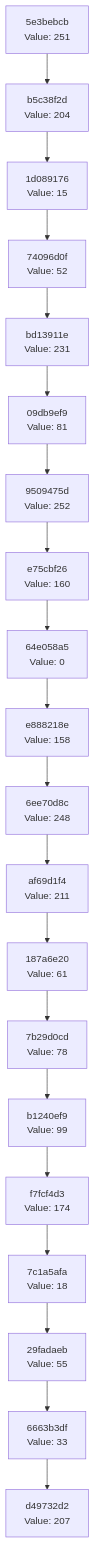
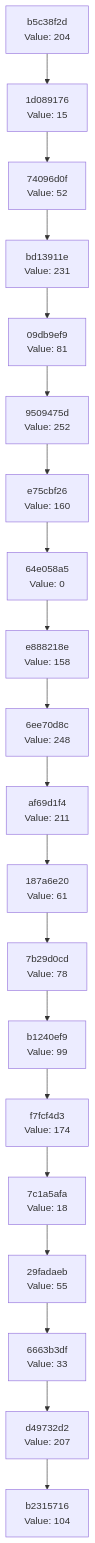
Before and after one commit to Abhisheksinha1506/hash-chain-evolver: the diagram in docs/CHAIN_VISUALIZATION.md, drawn with Mermaid. The commit also changed 3 other files, not shown here.

````diff
--- a/docs/CHAIN_VISUALIZATION.md
+++ b/docs/CHAIN_VISUALIZATION.md
@@ -3,42 +3,42 @@
 ```mermaid
 graph TD
-    C0["d49732d2<br/>Value: 207"]
-    C1["6663b3df<br/>Value: 33"]
+    C0["b2315716<br/>Value: 104"]
+    C1["d49732d2<br/>Value: 207"]
     C1 --> C0
-    C2["29fadaeb<br/>Value: 55"]
+    C2["6663b3df<br/>Value: 33"]
     C2 --> C1
-    C3["7c1a5afa<br/>Value: 18"]
+    C3["29fadaeb<br/>Value: 55"]
     C3 --> C2
-    C4["f7fcf4d3<br/>Value: 174"]
+    C4["7c1a5afa<br/>Value: 18"]
     C4 --> C3
-    C5["b1240ef9<br/>Value: 99"]
+    C5["f7fcf4d3<br/>Value: 174"]
     C5 --> C4
-    C6["7b29d0cd<br/>Value: 78"]
+    C6["b1240ef9<br/>Value: 99"]
     C6 --> C5
-    C7["187a6e20<br/>Value: 61"]
+    C7["7b29d0cd<br/>Value: 78"]
     C7 --> C6
-    C8["af69d1f4<br/>Value: 211"]
+    C8["187a6e20<br/>Value: 61"]
     C8 --> C7
-    C9["6ee70d8c<br/>Value: 248"]
+    C9["af69d1f4<br/>Value: 211"]
     C9 --> C8
-    C10["e888218e<br/>Value: 158"]
+    C10["6ee70d8c<br/>Value: 248"]
     C10 --> C9
-    C11["64e058a5<br/>Value: 0"]
+    C11["e888218e<br/>Value: 158"]
     C11 --> C10
-    C12["e75cbf26<br/>Value: 160"]
+    C12["64e058a5<br/>Value: 0"]
     C12 --> C11
-    C13["9509475d<br/>Value: 252"]
+    C13["e75cbf26<br/>Value: 160"]
     C13 --> C12
-    C14["09db9ef9<br/>Value: 81"]
+    C14["9509475d<br/>Value: 252"]
     C14 --> C13
-    C15["bd13911e<br/>Value: 231"]
+    C15["09db9ef9<br/>Value: 81"]
     C15 --> C14
-    C16["74096d0f<br/>Value: 52"]
+    C16["bd13911e<br/>Value: 231"]
     C16 --> C15
-    C17["1d089176<br/>Value: 15"]
+    C17["74096d0f<br/>Value: 52"]
     C17 --> C16
-    C18["b5c38f2d<br/>Value: 204"]
+    C18["1d089176<br/>Value: 15"]
     C18 --> C17
-    C19["5e3bebcb<br/>Value: 251"]
+    C19["b5c38f2d<br/>Value: 204"]
     C19 --> C18
 ```
````
